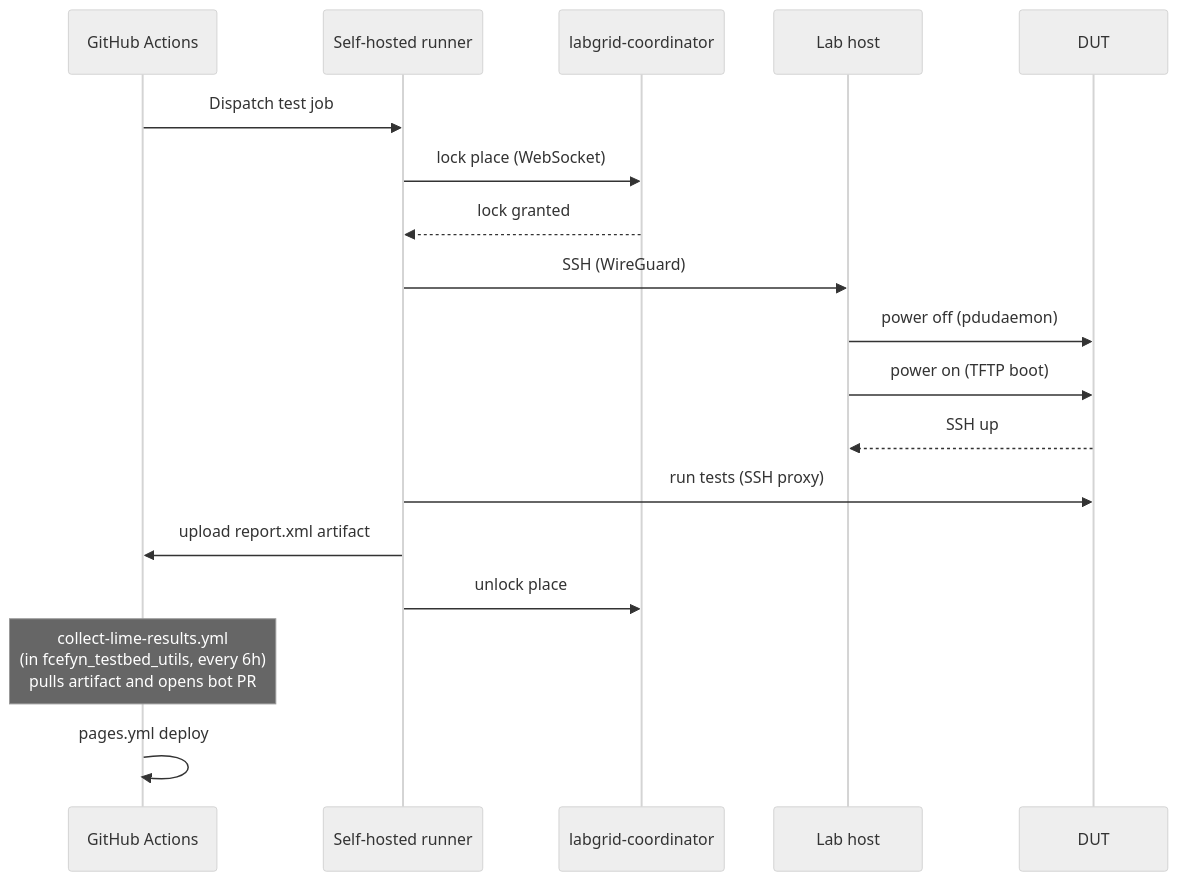
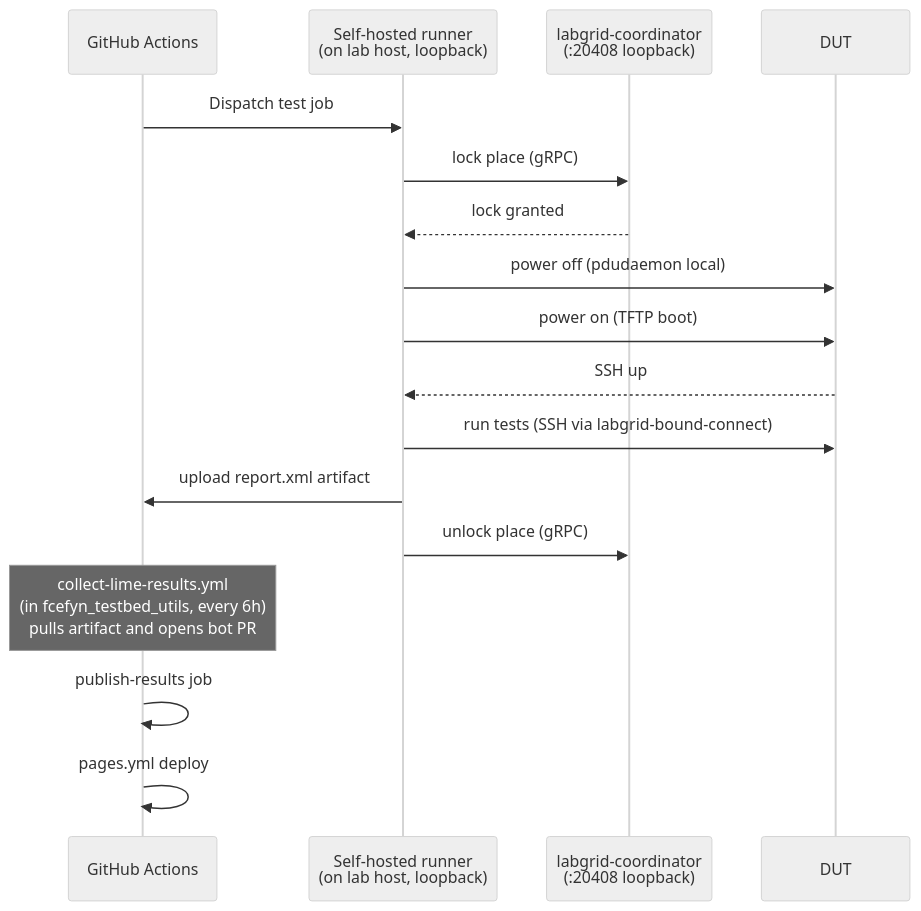
One commit to ccasanueva7/pi-hil-testing-utils changed the diagram in docs/diseno/test-run-flow.md. Above: the diagram before and after it, drawn with Mermaid (neutral theme). The commit also changed other lines of this file and 9 other files, not shown here.

````diff
--- a/docs/diseno/test-run-flow.md
+++ b/docs/diseno/test-run-flow.md
@@ -114,21 +114,20 @@
 ```mermaid
 sequenceDiagram
     participant GH as GitHub Actions
-    participant Runner as Self-hosted runner
-    participant Coord as labgrid-coordinator
-    participant Lab as Lab host
+    participant Runner as Self-hosted runner<br/>(on lab host, loopback)
+    participant Coord as labgrid-coordinator<br/>(:20408 loopback)
     participant DUT as DUT
 
     GH->>Runner: Dispatch test job
-    Runner->>Coord: lock place (WebSocket)
+    Runner->>Coord: lock place (gRPC)
     Coord-->>Runner: lock granted
-    Runner->>Lab: SSH (WireGuard)
-    Lab->>DUT: power off (pdudaemon)
-    Lab->>DUT: power on (TFTP boot)
-    DUT-->>Lab: SSH up
-    Runner->>DUT: run tests (SSH proxy)
+    Runner->>DUT: power off (pdudaemon local)
+    Runner->>DUT: power on (TFTP boot)
+    DUT-->>Runner: SSH up
+    Runner->>DUT: run tests (SSH via labgrid-bound-connect)
     Runner->>GH: upload report.xml artifact
-    Runner->>Coord: unlock place
+    Runner->>Coord: unlock place (gRPC)
     Note over GH: collect-lime-results.yml<br/>(in fcefyn_testbed_utils, every 6h)<br/>pulls artifact and opens bot PR
+    GH->>GH: publish-results job
     GH->>GH: pages.yml deploy
 ```
````
